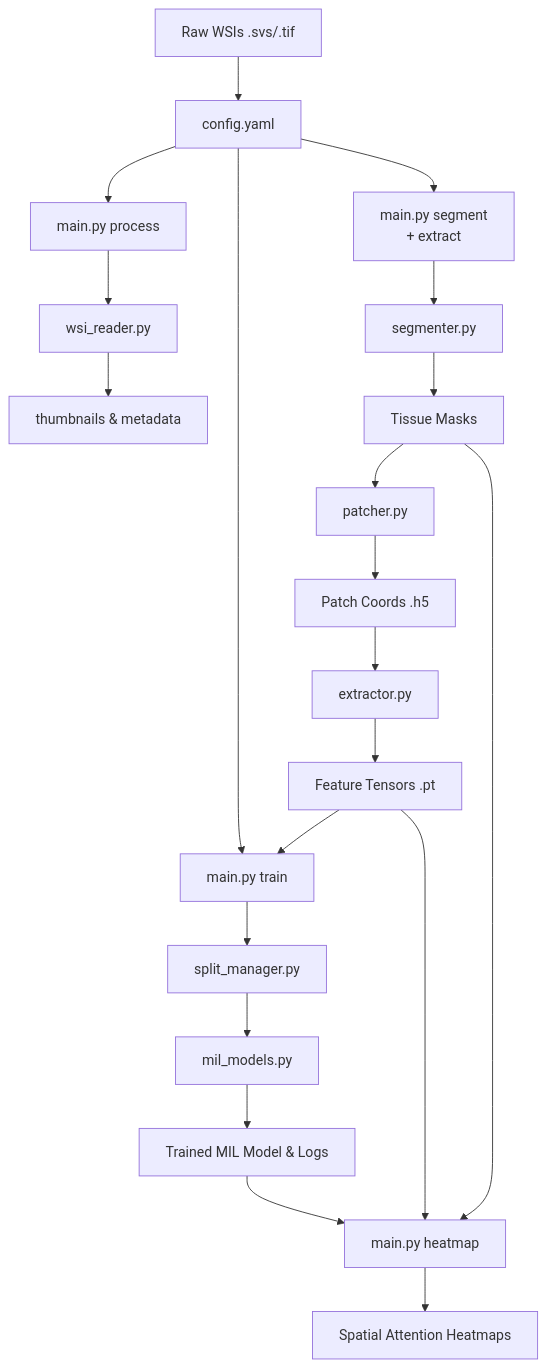
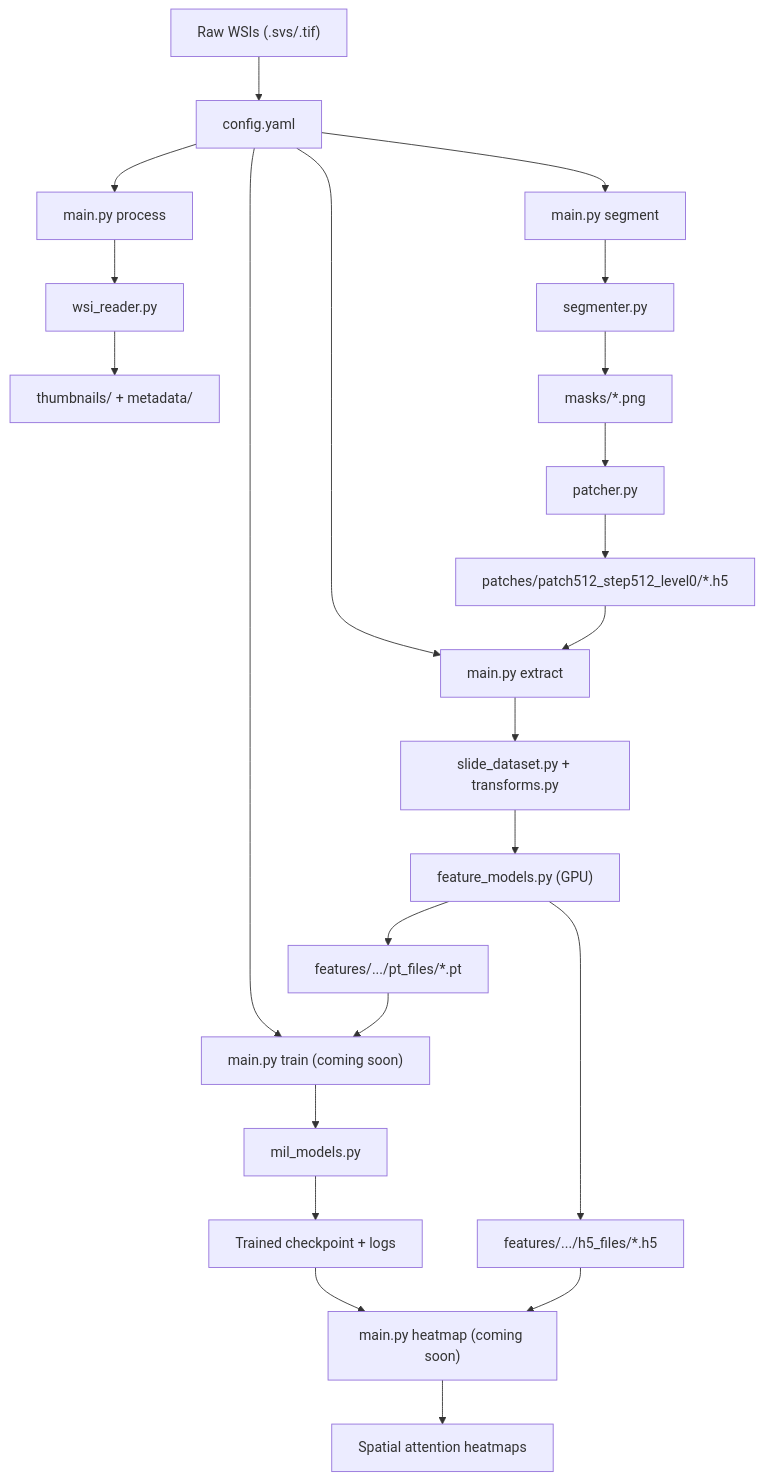
One commit to naffi192123/Scopium changed the diagram in docs/architecture.md. Above: the diagram before and after it, drawn with Mermaid. The commit also changed other lines of this file and 2 other files, not shown here.

Commit message:
docs: complete rewrite of README, architecture, and setup_and_usage to reflect current pipeline state

````diff
--- a/docs/architecture.md
+++ b/docs/architecture.md
@@ -55,26 +59,29 @@
 ```mermaid
 graph TD
-    A[Raw WSIs .svs/.tif] --> B[config.yaml]
-    B --> C[main.py process]
-    C --> D[wsi_reader.py]
-    D --> E[thumbnails & metadata]
-    
-    B --> F[main.py segment \n+ extract]
-    F --> G[segmenter.py]
-    G --> H[Tissue Masks]
-    H --> I[patcher.py]
-    I --> J[Patch Coords .h5]
-    J --> K[extractor.py]
-    K --> L[Feature Tensors .pt]
-    
-    B --> M[main.py train]
-    L --> M
-    M --> N[split_manager.py]
-    N --> O[mil_models.py]
-    O --> P[Trained MIL Model & Logs]
-    
-    P --> Q[main.py heatmap]
-    L --> Q
-    H --> Q
-    Q --> R[Spatial Attention Heatmaps]
+    A["Raw WSIs (.svs/.tif)"] --> B["config.yaml"]
+    B --> C["main.py process"]
+    C --> D["wsi_reader.py"]
+    D --> E["thumbnails/ + metadata/"]
+
+    B --> F["main.py segment"]
+    F --> G["segmenter.py"]
+    G --> H["masks/*.png"]
+    H --> I["patcher.py"]
+    I --> J["patches/patch512_step512_level0/*.h5"]
+
+    B --> K["main.py extract"]
+    J --> K
+    K --> L["slide_dataset.py + transforms.py"]
+    L --> M["feature_models.py (GPU)"]
+    M --> N["features/.../pt_files/*.pt"]
+    M --> O["features/.../h5_files/*.h5"]
+
+    B --> P["main.py train (coming soon)"]
+    N --> P
+    P --> Q["mil_models.py"]
+    Q --> R["Trained checkpoint + logs"]
+
+    R --> S["main.py heatmap (coming soon)"]
+    O --> S
+    S --> T["Spatial attention heatmaps"]
 ```
````
